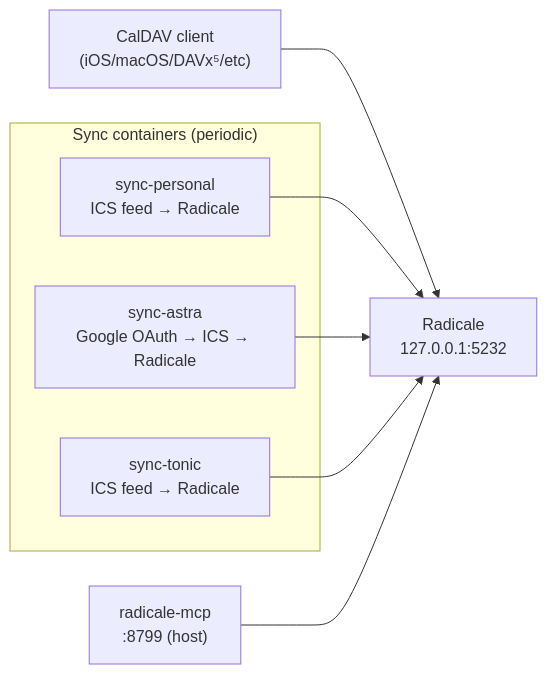
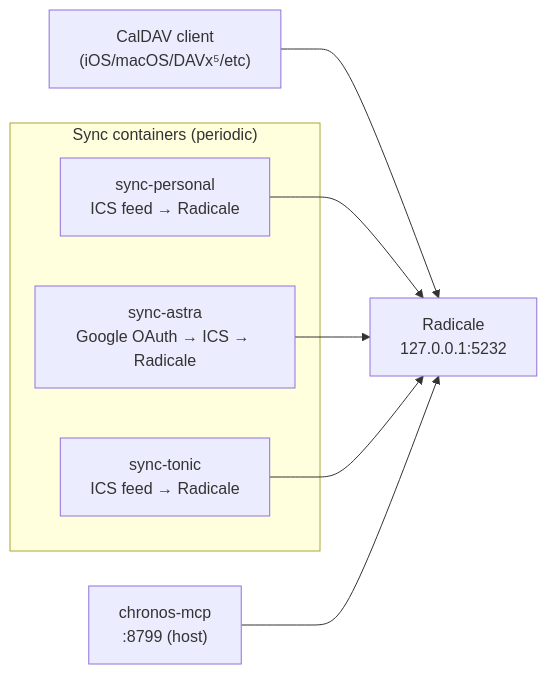
Before and after one commit to liempo/dots.home: the fifth of 6 diagrams in ARCHITECTURE.md, drawn with Mermaid. The commit also changed other lines of this file and 6 other files, not shown here.

````diff
--- a/ARCHITECTURE.md
+++ b/ARCHITECTURE.md
@@ -180,16 +180,16 @@
 ```mermaid
 flowchart LR
   client["CalDAV client\n(iOS/macOS/DAVx⁵/etc)"] --> radicale["Radicale\n127.0.0.1:5232"]
 
   subgraph syncers["Sync containers (periodic)"]
     sync_personal["sync-personal\nICS feed → Radicale"]
     sync_astra["sync-astra\nGoogle OAuth → ICS → Radicale"]
     sync_tonic["sync-tonic\nICS feed → Radicale"]
   end
 
   sync_personal --> radicale
   sync_astra --> radicale
   sync_tonic --> radicale
 
-  mcp["radicale-mcp\n:8799 (host)"] --> radicale
+  mcp["chronos-mcp\n:8799 (host)"] --> radicale
 ```
````
